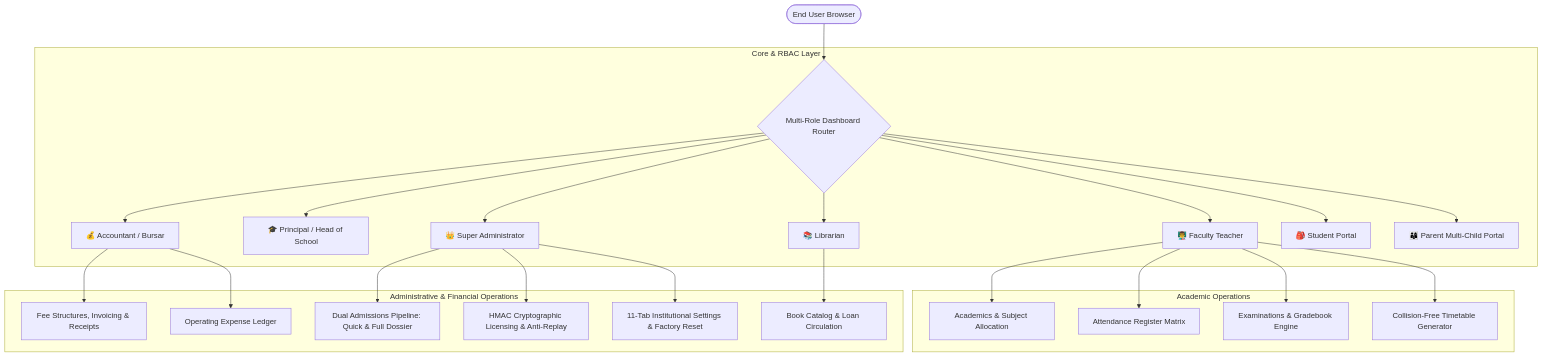
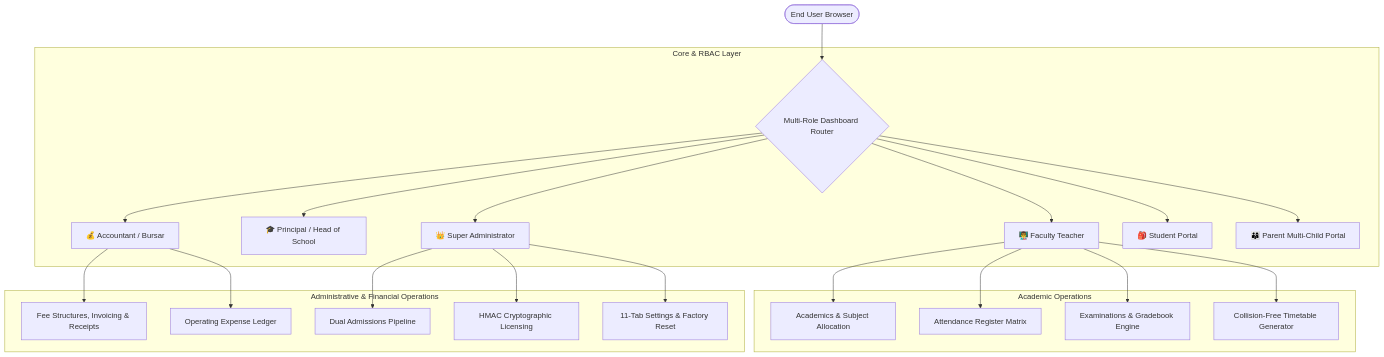
One commit to Rudra031/School-Management-V2 changed the diagram in README.md. Above: the diagram before and after it, drawn with Mermaid. The commit also changed other lines of this file, not shown here.

````diff
--- a/README.md
+++ b/README.md
@@ -70,30 +130,28 @@
 ```mermaid
 graph TD
     UserBrowser([End User Browser]) --> AuthRouter{Multi-Role Dashboard Router}
     
     subgraph Core & RBAC Layer
         AuthRouter --> SuperAdmin[👑 Super Administrator]
         AuthRouter --> Principal[🎓 Principal / Head of School]
         AuthRouter --> Teacher[👨‍🏫 Faculty Teacher]
         AuthRouter --> Accountant[💰 Accountant / Bursar]
-        AuthRouter --> Librarian[📚 Librarian]
         AuthRouter --> Student[🎒 Student Portal]
         AuthRouter --> Parent[👨‍👩‍👦 Parent Multi-Child Portal]
     end
 
     subgraph Academic Operations
         Teacher --> Academics[Academics & Subject Allocation]
         Teacher --> Attendance[Attendance Register Matrix]
         Teacher --> Exams[Examinations & Gradebook Engine]
         Teacher --> Timetable[Collision-Free Timetable Generator]
     end
 
     subgraph Administrative & Financial Operations
         Accountant --> Fees[Fee Structures, Invoicing & Receipts]
         Accountant --> Expenses[Operating Expense Ledger]
-        SuperAdmin --> Admissions[Dual Admissions Pipeline: Quick & Full Dossier]
-        SuperAdmin --> Licensing[HMAC Cryptographic Licensing & Anti-Replay]
-        SuperAdmin --> Settings[11-Tab Institutional Settings & Factory Reset]
-        Librarian --> Library[Book Catalog & Loan Circulation]
+        SuperAdmin --> Admissions[Dual Admissions Pipeline]
+        SuperAdmin --> Licensing[HMAC Cryptographic Licensing]
+        SuperAdmin --> Settings[11-Tab Settings & Factory Reset]
     end
 ```
````
